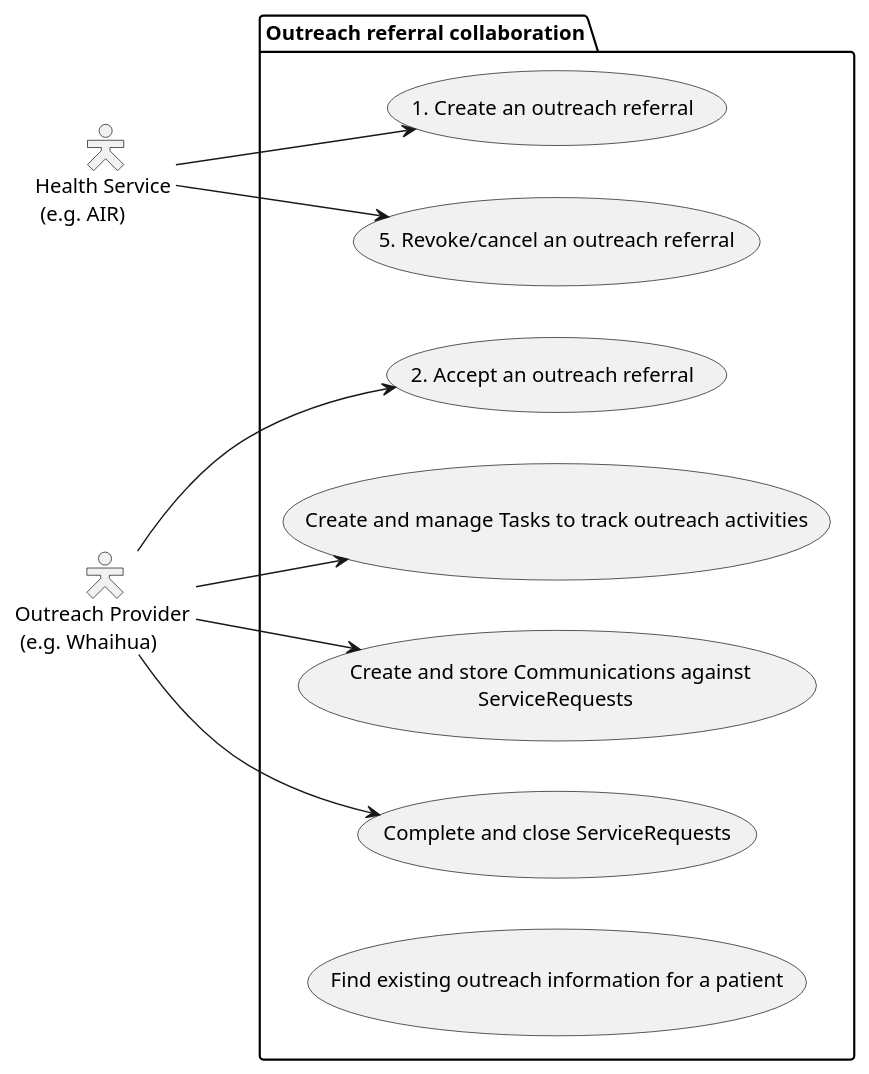
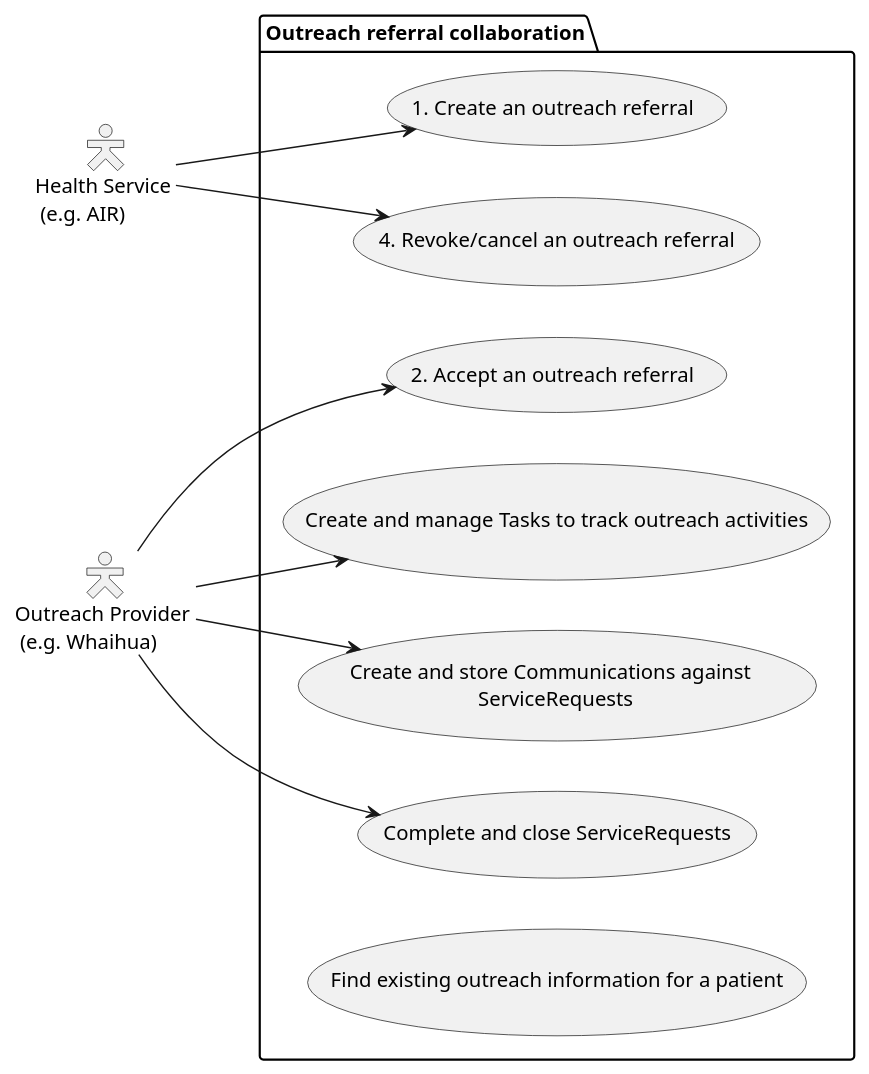
Before and after one commit to tewhatuora/cinc-fhir-ig: the diagram in input/images-source/outreach-usecase-overview.plantuml, drawn with PlantUML. The commit also changed 4 other files, not shown here.

```diff
--- a/input/images-source/outreach-usecase-overview.plantuml
+++ b/input/images-source/outreach-usecase-overview.plantuml
@@ -1,27 +1,27 @@
 @startuml
 
 skinparam actorStyle Hollow
 left to right direction
 
 actor "Health Service \n (e.g. AIR)" as h
 actor "Outreach Provider \n (e.g. Whaihua)" as o
 
 package "Outreach referral collaboration" {
     usecase "1. Create an outreach referral" as UC1
-    usecase "5. Revoke/cancel an outreach referral" as UC2
+    usecase "4. Revoke/cancel an outreach referral" as UC2
     usecase "2. Accept an outreach referral" as UC3
     usecase "Create and manage Tasks to track outreach activities" as UC4
     usecase "Create and store Communications against \n ServiceRequests" as UC5
     usecase "Complete and close ServiceRequests" as UC6
     usecase "Find existing outreach information for a patient" as UC7
 }
 
 h --> UC1
 h --> UC2
 o --> UC3
 o --> UC4
 o --> UC5
 o --> UC6
 
 
 @enduml
```
